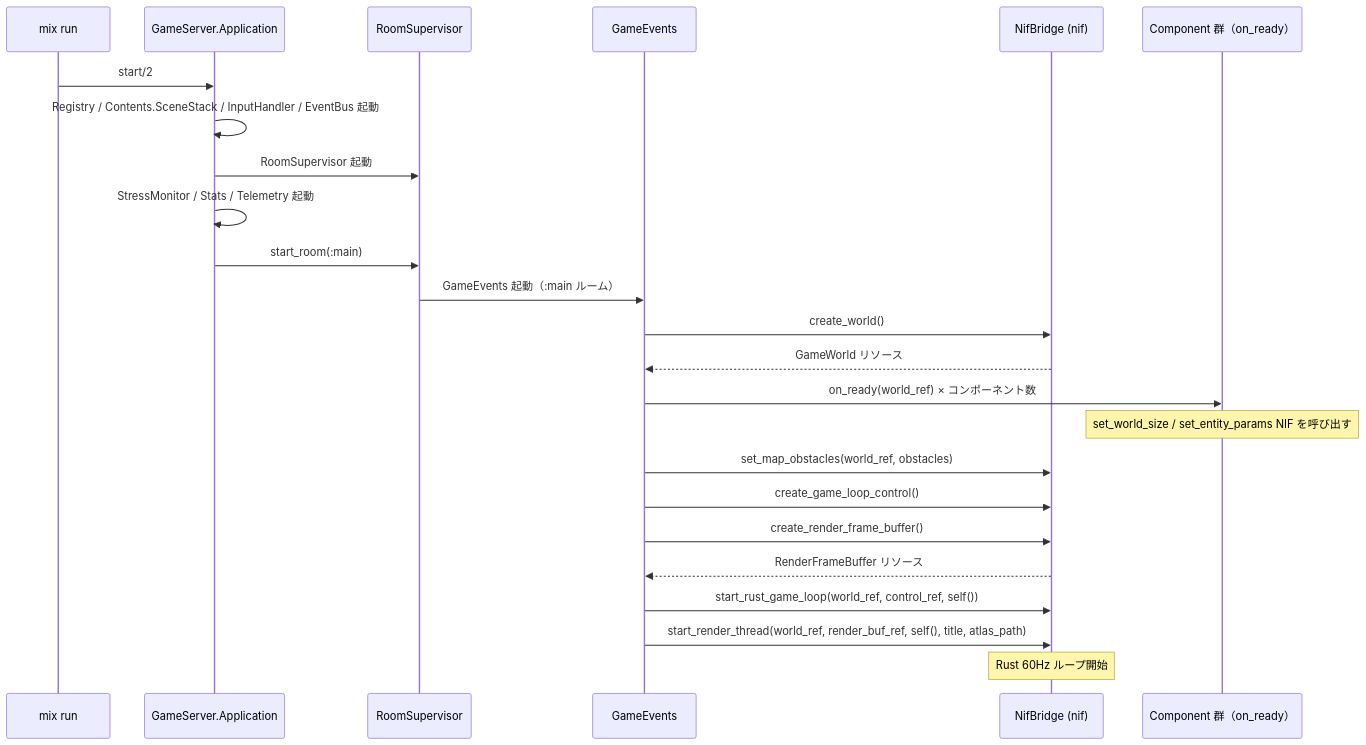
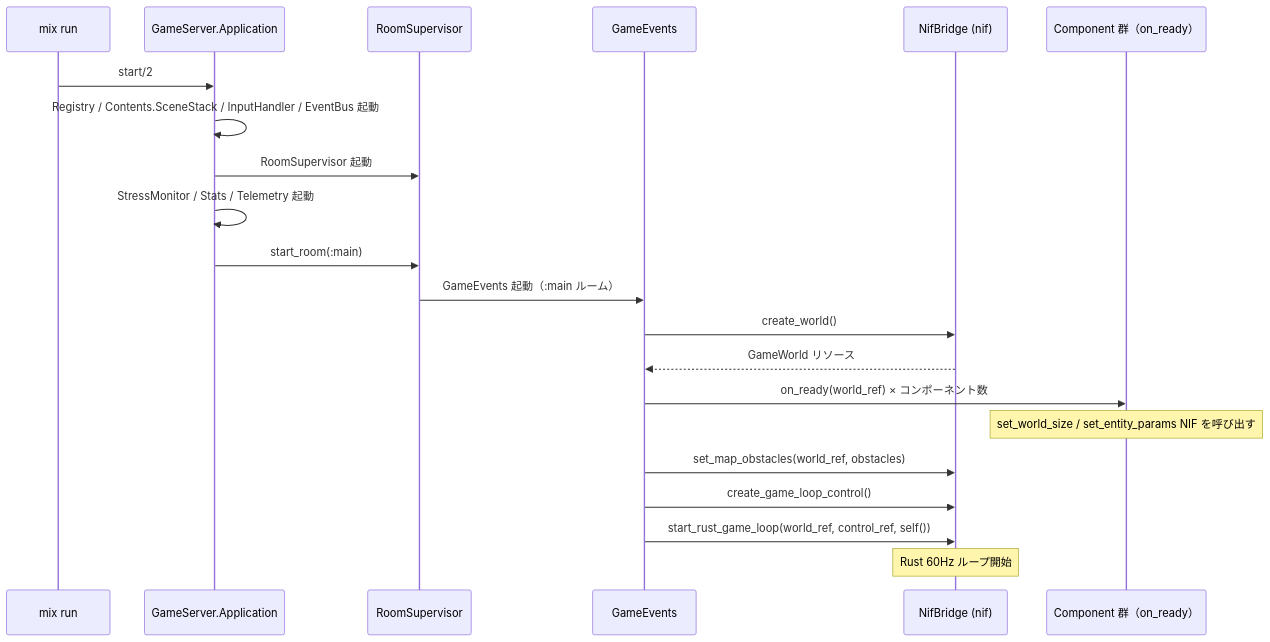
The fifth of 15 diagrams in docs/architecture/overview.md (FRICK-ELDY/alchemy-engine), drawn with Mermaid before and after one commit. The commit also changed other lines of this file and 6 other files, not shown here.

````diff
--- a/docs/architecture/overview.md
+++ b/docs/architecture/overview.md
@@ -289,27 +287,24 @@
 ```mermaid
 sequenceDiagram
     participant MX as mix run
     participant APP as GameServer.Application
     participant RS as RoomSupervisor
     participant GEV as GameEvents
     participant NIF as NifBridge (nif)
     participant COMP as Component 群（on_ready）
 
     MX->>APP: start/2
     APP->>APP: Registry / Contents.SceneStack / InputHandler / EventBus 起動
     APP->>RS: RoomSupervisor 起動
     APP->>APP: StressMonitor / Stats / Telemetry 起動
     APP->>RS: start_room(:main)
     RS->>GEV: GameEvents 起動（:main ルーム）
     GEV->>NIF: create_world()
     NIF-->>GEV: GameWorld リソース
     GEV->>COMP: on_ready(world_ref) × コンポーネント数
     Note over COMP: set_world_size / set_entity_params NIF を呼び出す
     GEV->>NIF: set_map_obstacles(world_ref, obstacles)
     GEV->>NIF: create_game_loop_control()
-    GEV->>NIF: create_render_frame_buffer()
-    NIF-->>GEV: RenderFrameBuffer リソース
     GEV->>NIF: start_rust_game_loop(world_ref, control_ref, self())
-    GEV->>NIF: start_render_thread(world_ref, render_buf_ref, self(), title, atlas_path)
     Note over NIF: Rust 60Hz ループ開始
 ```
````
